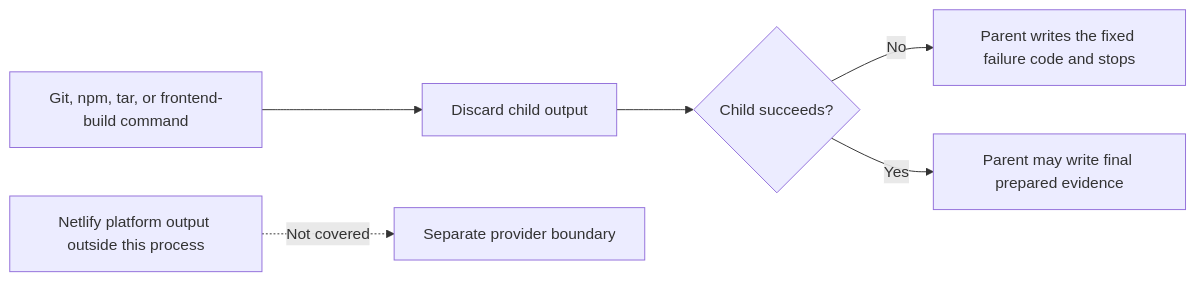
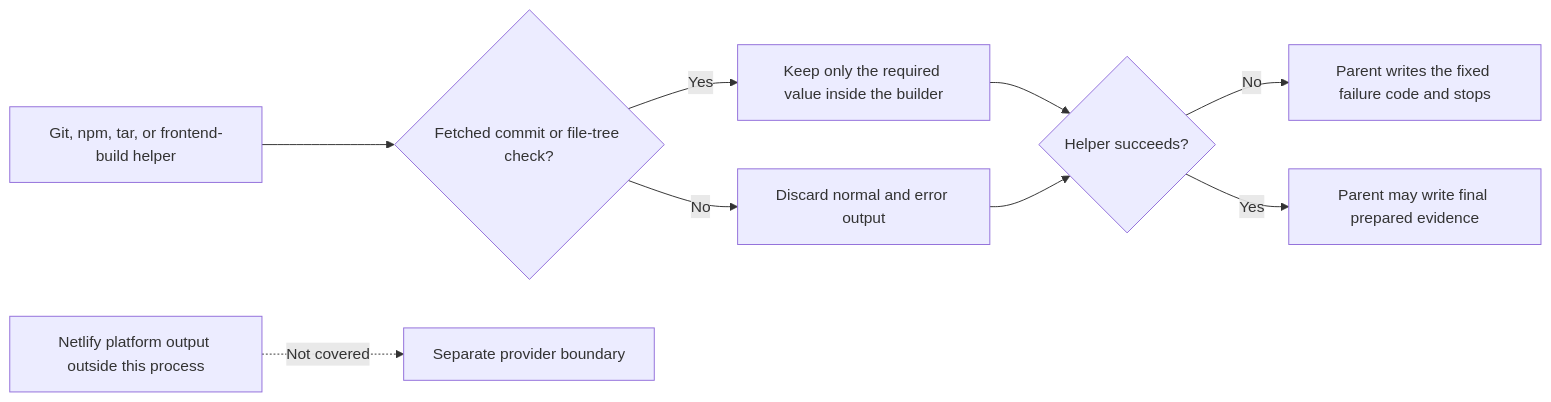
Before and after one commit to Run-MPRC/Run-MPRC.github.io: the second of 5 diagrams in docs/officers/PUBLISH_AND_CHECK.md, drawn with Mermaid. The commit also changed other lines of this file, not shown here.

Commit message:
docs(officers): clarify release helper output flow (#596)

````diff
--- a/docs/officers/PUBLISH_AND_CHECK.md
+++ b/docs/officers/PUBLISH_AND_CHECK.md
@@ -72,8 +72,11 @@
 ```mermaid
 flowchart LR
-    Child["Git, npm, tar, or frontend-build command"] --> Hidden["Discard child output"]
-    Hidden --> Result{"Child succeeds?"}
+    Child["Git, npm, tar, or frontend-build helper"] --> Kind{"Fetched commit or file-tree check?"}
+    Kind -- "Yes" --> Internal["Keep only the required value inside the builder"]
+    Kind -- "No" --> Hidden["Discard normal and error output"]
+    Internal --> Result{"Helper succeeds?"}
+    Hidden --> Result
     Result -- "No" --> Fixed["Parent writes the fixed failure code and stops"]
     Result -- "Yes" --> Evidence["Parent may write final prepared evidence"]
     Outside["Netlify platform output outside this process"] -. "Not covered" .-> Separate["Separate provider boundary"]
 ```
````
